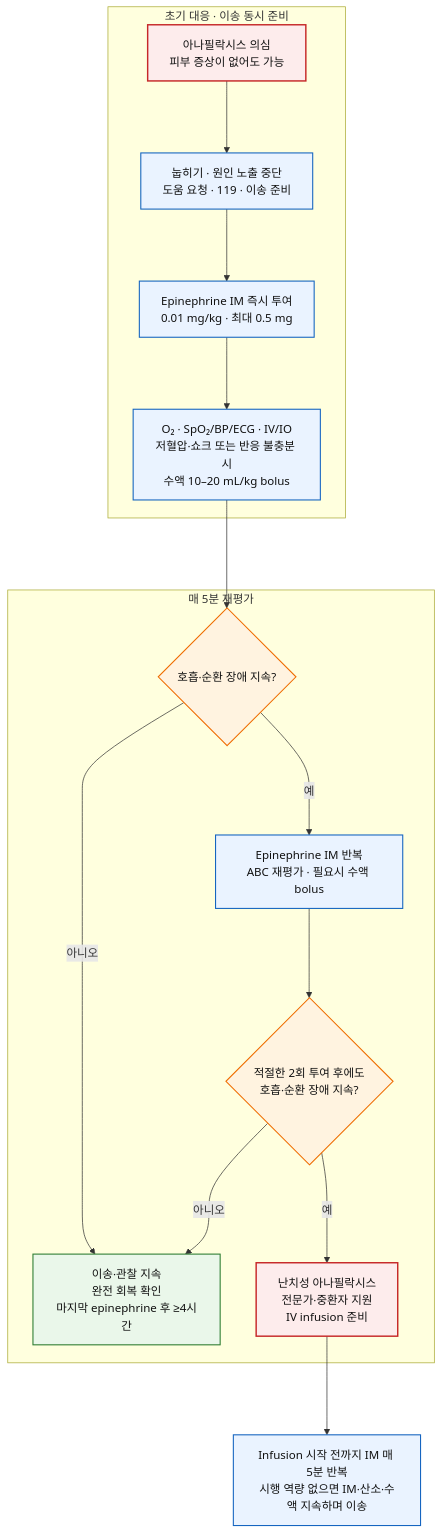
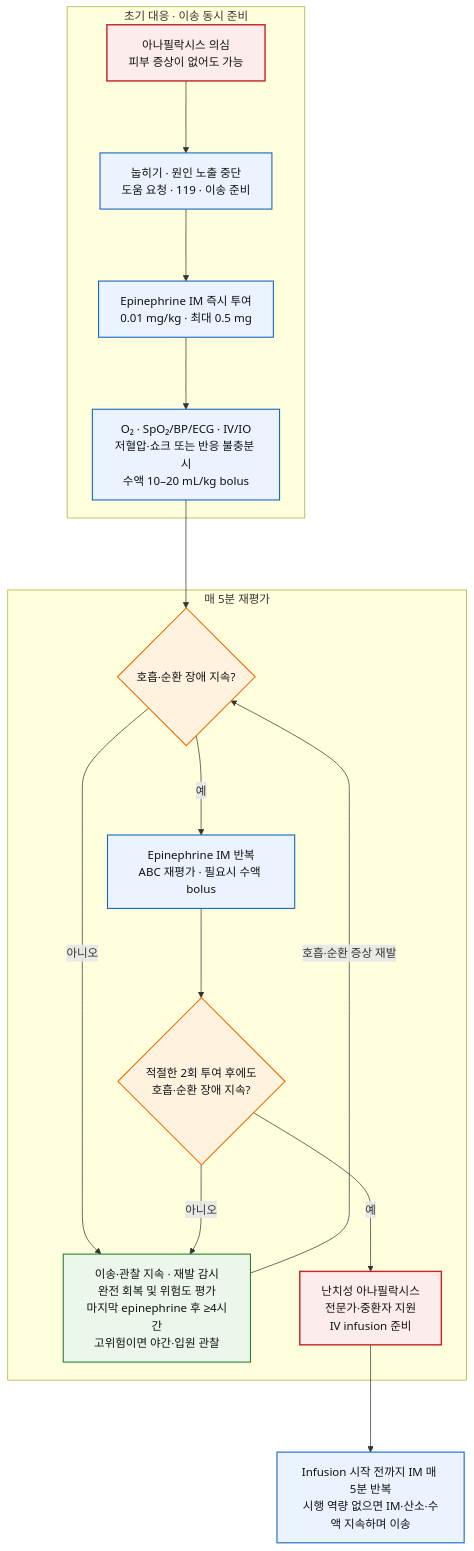
The diagram in 230_/188_-anaphylaxis.md (familyoh77/familyoh77), drawn with Mermaid before and after one commit. The commit also changed other lines of this file and 9 other files, not shown here.

````diff
--- a/230_/188_-anaphylaxis.md
+++ b/230_/188_-anaphylaxis.md
@@ -123,25 +124,26 @@
 ```mermaid
 flowchart TD
     subgraph I["초기 대응 · 이송 동시 준비"]
         A["아나필락시스 의심<br/>피부 증상이 없어도 가능"] ---> B["눕히기 · 원인 노출 중단<br/>도움 요청 · 119 · 이송 준비"]
         B ---> C["Epinephrine IM 즉시 투여<br/>0.01 mg/kg · 최대 0.5 mg"]
         C ---> D["O₂ · SpO₂/BP/ECG · IV/IO<br/>저혈압·쇼크 또는 반응 불충분 시<br/>수액 10–20 mL/kg bolus"]
     end
     subgraph R["매 5분 재평가"]
-        E{"호흡·순환 장애 지속?"} --->|"아니오"| F["이송·관찰 지속<br/>완전 회복 확인<br/>마지막 epinephrine 후 ≥4시간"]
+        E{"호흡·순환 장애 지속?"} --->|"아니오"| F["이송·관찰 지속 · 재발 감시<br/>완전 회복 및 위험도 평가<br/>마지막 epinephrine 후 ≥4시간<br/>고위험이면 야간·입원 관찰"]
         E --->|"예"| G["Epinephrine IM 반복<br/>ABC 재평가 · 필요시 수액 bolus"]
         G ---> H{"적절한 2회 투여 후에도<br/>호흡·순환 장애 지속?"}
         H --->|"아니오"| F
         H --->|"예"| J["난치성 아나필락시스<br/>전문가·중환자 지원<br/>IV infusion 준비"]
     end
     D ---> E
+    F --->|"호흡·순환 증상 재발"| E
     J ---> K["Infusion 시작 전까지 IM 매 5분 반복<br/>시행 역량 없으면 IM·산소·수액 지속하며 이송"]
     classDef danger fill:#FDECEC,stroke:#C62828,color:#111,stroke-width:2px;
     classDef action fill:#EAF3FF,stroke:#1565C0,color:#111,stroke-width:1.5px;
     classDef decision fill:#FFF3E0,stroke:#EF6C00,color:#111,stroke-width:1.5px;
     classDef disposition fill:#EAF7EA,stroke:#2E7D32,color:#111,stroke-width:1.5px;
     class A,J danger;
     class B,C,D,G,K action;
     class E,H decision;
     class F disposition;
 ```
````
